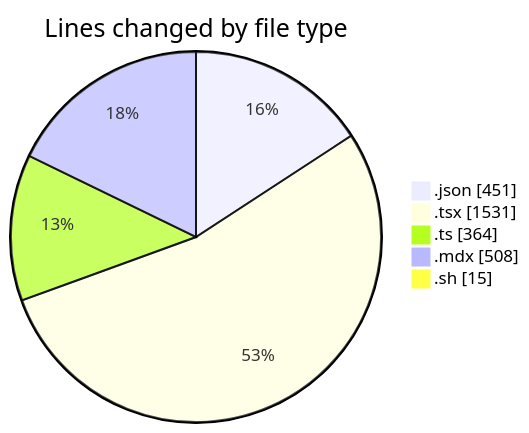
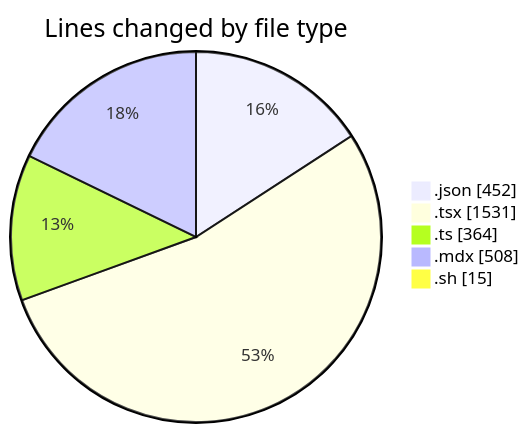
Before and after one commit to Elitesun/code-tracking: the first of 2 diagrams in 2025-05-01/niten/README.md, drawn with Mermaid. The commit also changed other lines of this file and 1 other file, not shown here.

````diff
--- a/2025-05-01/niten/README.md
+++ b/2025-05-01/niten/README.md
@@ -50,9 +51,9 @@
 ```mermaid
 pie showData
 title Lines changed by file type
-".json" : 451
+".json" : 452
 ".tsx" : 1531
 ".ts" : 364
 ".mdx" : 508
 ".sh" : 15
 ```
````
